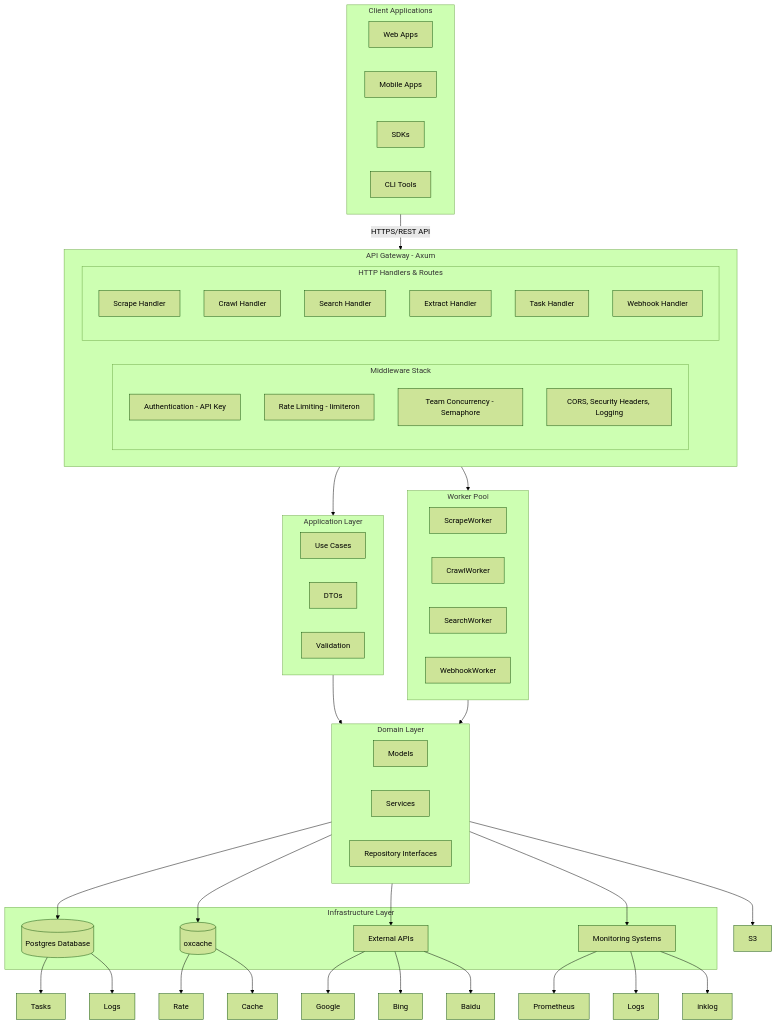
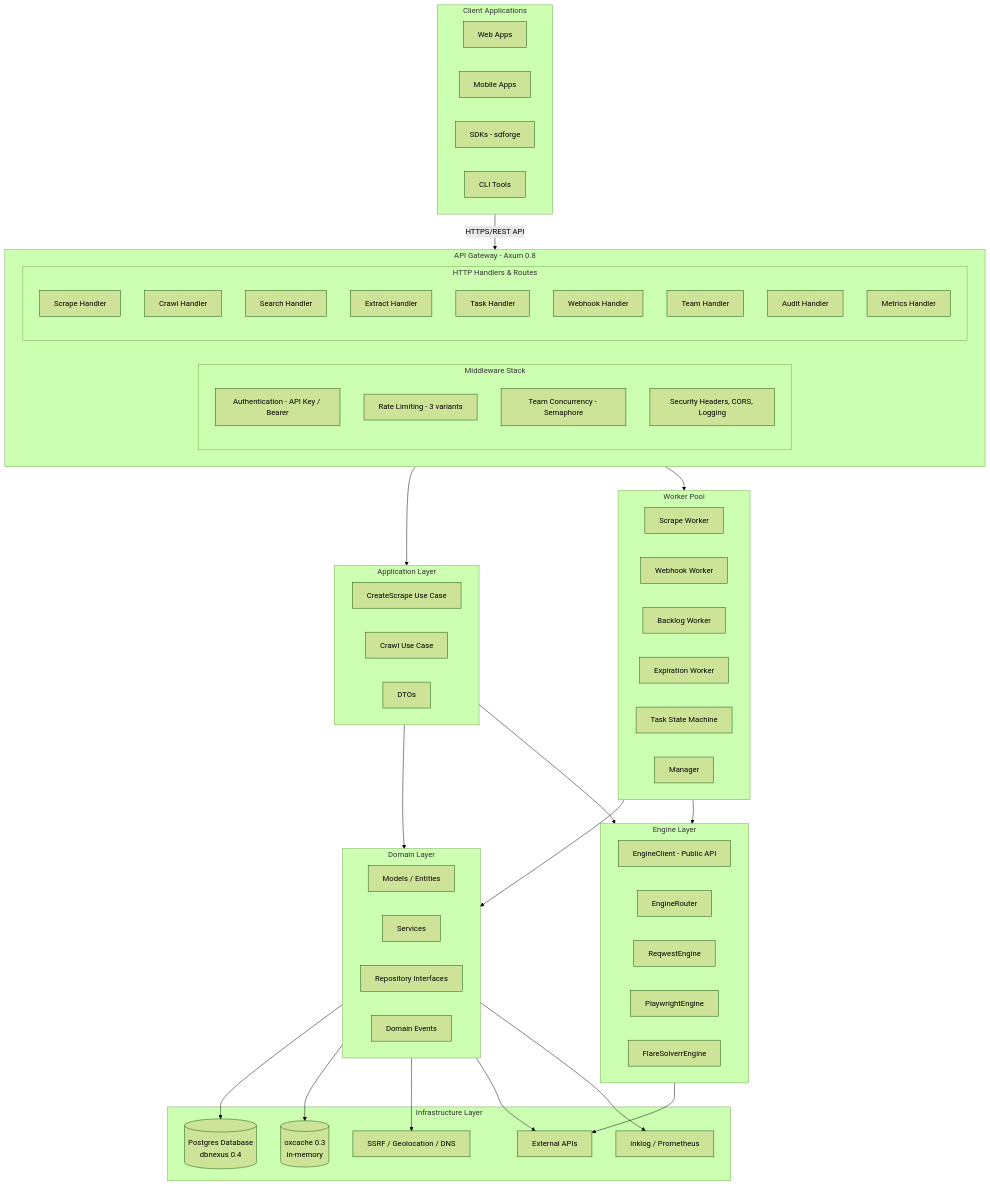
The first of 8 diagrams in docs/ARCHITECTURE.md (Kirky-X/crawlrs), drawn with Mermaid (forest theme) before and after one commit. The commit also changed other lines of this file and 23 other files, not shown here.

````diff
--- a/docs/ARCHITECTURE.md
+++ b/docs/ARCHITECTURE.md
@@ -163,75 +115,82 @@
 ```mermaid
 flowchart TD
     subgraph Clients [Client Applications]
         C1[Web Apps]
         C2[Mobile Apps]
-        C3[SDKs]
+        C3[SDKs - sdforge]
         C4[CLI Tools]
     end
 
-    subgraph API [API Gateway - Axum]
+    subgraph API [API Gateway - Axum 0.8]
         subgraph Middleware [Middleware Stack]
-            M1[Authentication - API Key]
-            M2[Rate Limiting - limiteron]
+            M1[Authentication - API Key / Bearer]
+            M2[Rate Limiting - 3 variants]
             M3[Team Concurrency - Semaphore]
-            M4[CORS, Security Headers, Logging]
+            M4[Security Headers, CORS, Logging]
         end
 
         subgraph Handlers [HTTP Handlers & Routes]
             H1[Scrape Handler]
             H2[Crawl Handler]
             H3[Search Handler]
             H4[Extract Handler]
             H5[Task Handler]
             H6[Webhook Handler]
+            H7[Team Handler]
+            H8[Audit Handler]
+            H9[Metrics Handler]
         end
     end
 
     subgraph App [Application Layer]
-        A1[Use Cases]
-        A2[DTOs]
-        A3[Validation]
+        A1[CreateScrape Use Case]
+        A2[Crawl Use Case]
+        A3[DTOs]
     end
 
     subgraph Workers [Worker Pool]
-        W1[ScrapeWorker]
-        W2[CrawlWorker]
-        W3[SearchWorker]
-        W4[WebhookWorker]
+        W1[Scrape Worker]
+        W2[Webhook Worker]
+        W3[Backlog Worker]
+        W4[Expiration Worker]
+        W5[Task State Machine]
+        W6[Manager]
     end
 
     subgraph Domain [Domain Layer]
-        D1[Models]
+        D1[Models / Entities]
         D2[Services]
         D3[Repository Interfaces]
+        D4[Domain Events]
+    end
+
+    subgraph Engines [Engine Layer]
+        E1[EngineClient - Public API]
+        E2[EngineRouter]
+        E3[ReqwestEngine]
+        E4[PlaywrightEngine]
+        E5[FlareSolverrEngine]
     end
 
     subgraph Infra [Infrastructure Layer]
-        DB[(Postgres Database)]
-        RC[(oxcache)]
+        DB[(Postgres Database<br/>dbnexus 0.4)]
+        RC[(oxcache 0.3<br/>in-memory)]
         EXT[External APIs]
-        MON[Monitoring Systems]
+        MON[inklog / Prometheus]
+        SEC[SSRF / Geolocation / DNS]
     end
-
-    DB --> DBTasks[Tasks]
-    DB --> DBLogs[Logs]
-    RC --> RCRate[Rate]
-    RC --> RCCache[Cache]
-    EXT --> EXTGoogle[Google]
-    EXT --> EXTBing[Bing]
-    EXT --> EXTBaidu[Baidu]
-    MON --> MONPrometheus[Prometheus]
-    MON --> MONLogs[Logs]
-    MON --> MONInklog[inklog]
 
     Clients -->|"HTTPS/REST API"| API
     API --> App
     API --> Workers
     App --> Domain
     Workers --> Domain
     Domain --> DB
     Domain --> RC
-    Domain --> S3
+    Domain --> SEC
     Domain --> EXT
     Domain --> MON
+    App --> Engines
+    Workers --> Engines
+    Engines --> EXT
 ```
````
